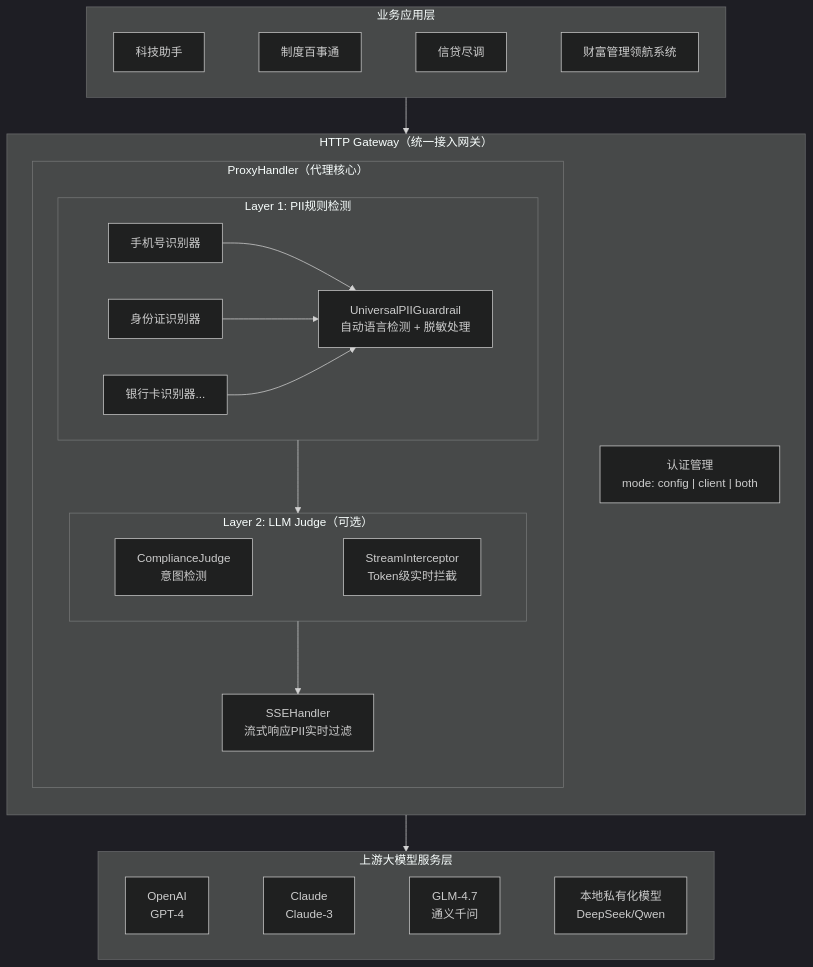
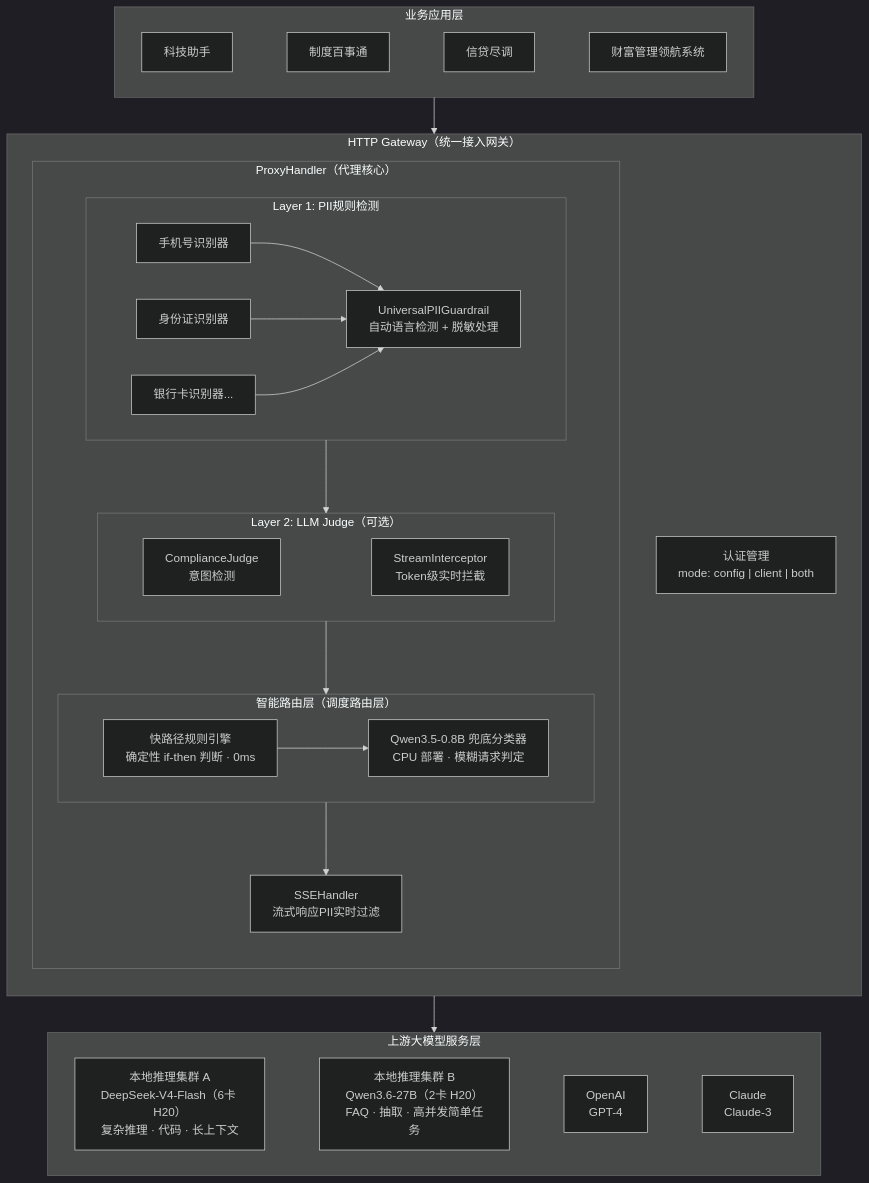
The first of 18 diagrams in 3. 银行大模型接入网关技术说明书.md (wonglaitung/splan), drawn with Mermaid (dark theme) before and after one commit. The commit also changed other lines of this file and 4 other files, not shown here.

````diff
--- a/3. 银行大模型接入网关技术说明书.md
+++ b/3. 银行大模型接入网关技术说明书.md
@@ -41,46 +41,52 @@
 ```mermaid
 flowchart TB
     subgraph APP["业务应用层"]
         direction LR
         A1["科技助手"]
         A2["制度百事通"]
         A3["信贷尽调"]
         A4["财富管理领航系统"]
         A1 ~~~ A2 ~~~ A3 ~~~ A4
     end
     APP --> GW
     subgraph GW["HTTP Gateway（统一接入网关）"]
         direction TB
         subgraph PROXY["ProxyHandler（代理核心）"]
             direction TB
             subgraph L1["Layer 1: PII规则检测"]
                 direction LR
                 L1A["手机号识别器"]
                 L1B["身份证识别器"]
                 L1C["银行卡识别器..."]
                 UP["UniversalPIIGuardrail<br/>自动语言检测 + 脱敏处理"]
                 L1A --> UP
                 L1B --> UP
                 L1C --> UP
             end
             subgraph L2["Layer 2: LLM Judge（可选）"]
                 direction LR
                 CJ["ComplianceJudge<br/>意图检测"]
                 SI["StreamInterceptor<br/>Token级实时拦截"]
                 CJ ~~~ SI
             end
+            subgraph ROUTER["智能路由层（调度路由层）"]
+                direction LR
+                FP["快路径规则引擎<br/>确定性 if-then 判断 · 0ms"]
+                CLS["Qwen3.5-0.8B 兜底分类器<br/>CPU 部署 · 模糊请求判定"]
+                FP --> CLS
+            end
             SSE["SSEHandler<br/>流式响应PII实时过滤"]
-            L1 --> L2 --> SSE
+            L1 --> L2 --> ROUTER --> SSE
         end
         AUTH["认证管理<br/>mode: config | client | both"]
     end
     GW --> UPSTREAM
     subgraph UPSTREAM["上游大模型服务层"]
         direction LR
-        U1["OpenAI<br/>GPT-4"]
-        U2["Claude<br/>Claude-3"]
-        U3["GLM-4.7<br/>通义千问"]
-        U4["本地私有化模型<br/>DeepSeek/Qwen"]
+        U1["本地推理集群 A<br/>DeepSeek-V4-Flash（6卡 H20）<br/>复杂推理 · 代码 · 长上下文"]
+        U2["本地推理集群 B<br/>Qwen3.6-27B（2卡 H20）<br/>FAQ · 抽取 · 高并发简单任务"]
+        U3["OpenAI<br/>GPT-4"]
+        U4["Claude<br/>Claude-3"]
         U1 ~~~ U2 ~~~ U3 ~~~ U4
     end
 ```
````
